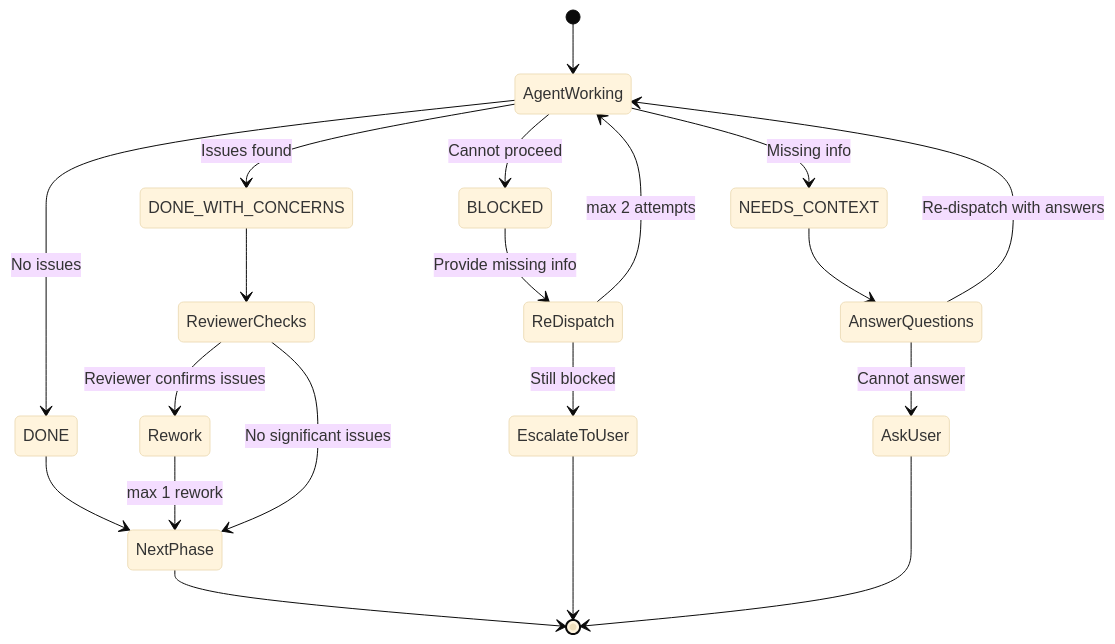
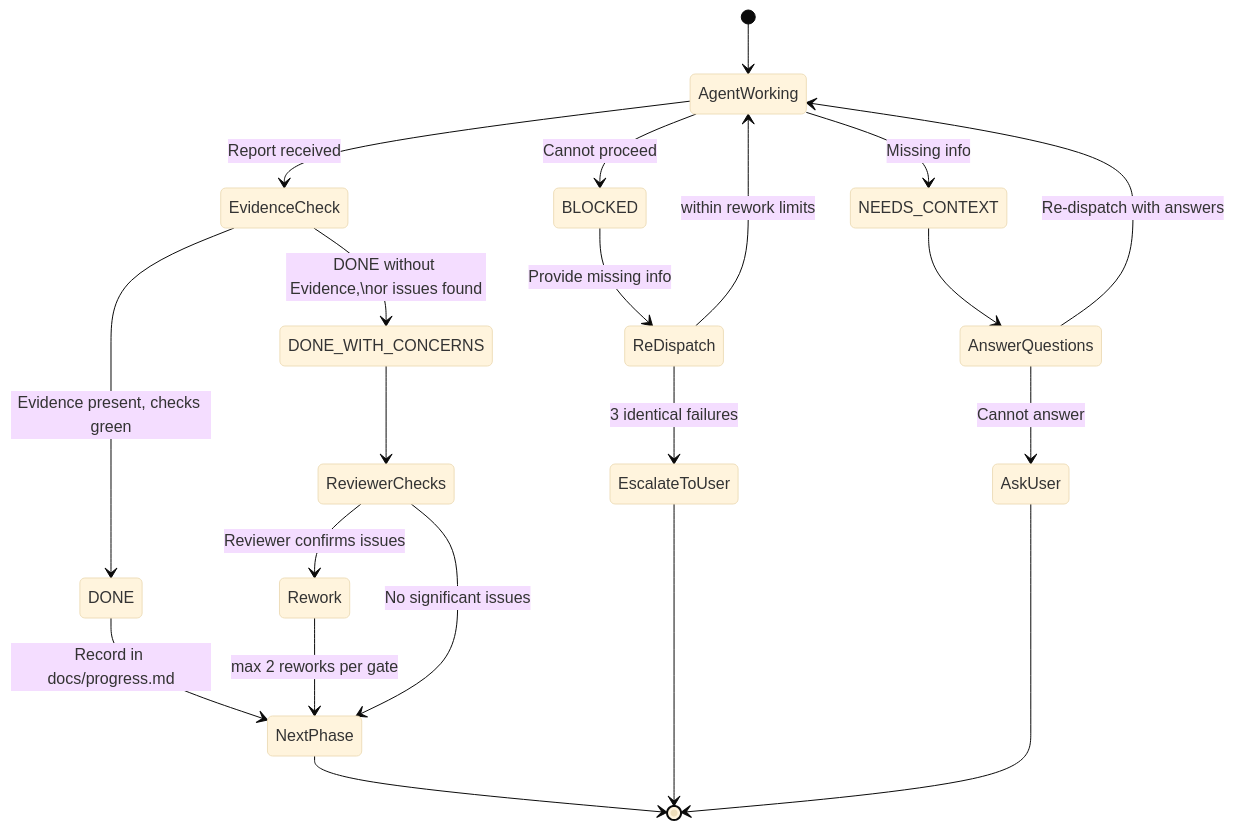
Before and after one commit to biggora/dev-team: the fourth of 4 diagrams in specs/workflow.md, drawn with Mermaid (base theme). The commit also changed other lines of this file and 71 other files, not shown here.

````diff
--- a/specs/workflow.md
+++ b/specs/workflow.md
@@ -314,27 +303,28 @@
 ```mermaid
 stateDiagram-v2
     [*] --> AgentWorking
 
-    AgentWorking --> DONE: No issues
-    AgentWorking --> DONE_WITH_CONCERNS: Issues found
+    AgentWorking --> EvidenceCheck: Report received
+    EvidenceCheck --> DONE: Evidence present, checks green
+    EvidenceCheck --> DONE_WITH_CONCERNS: DONE without Evidence,\nor issues found
     AgentWorking --> BLOCKED: Cannot proceed
     AgentWorking --> NEEDS_CONTEXT: Missing info
 
-    DONE --> NextPhase
+    DONE --> NextPhase: Record in docs/progress.md
     DONE_WITH_CONCERNS --> ReviewerChecks
     ReviewerChecks --> Rework: Reviewer confirms issues
-    Rework --> NextPhase: max 1 rework
+    Rework --> NextPhase: max 2 reworks per gate
     ReviewerChecks --> NextPhase: No significant issues
 
     BLOCKED --> ReDispatch: Provide missing info
-    ReDispatch --> AgentWorking: max 2 attempts
-    ReDispatch --> EscalateToUser: Still blocked
+    ReDispatch --> AgentWorking: within rework limits
+    ReDispatch --> EscalateToUser: 3 identical failures
 
     NEEDS_CONTEXT --> AnswerQuestions
     AnswerQuestions --> AgentWorking: Re-dispatch with answers
     AnswerQuestions --> AskUser: Cannot answer
 
     NextPhase --> [*]
     EscalateToUser --> [*]
     AskUser --> [*]
 ```
````
